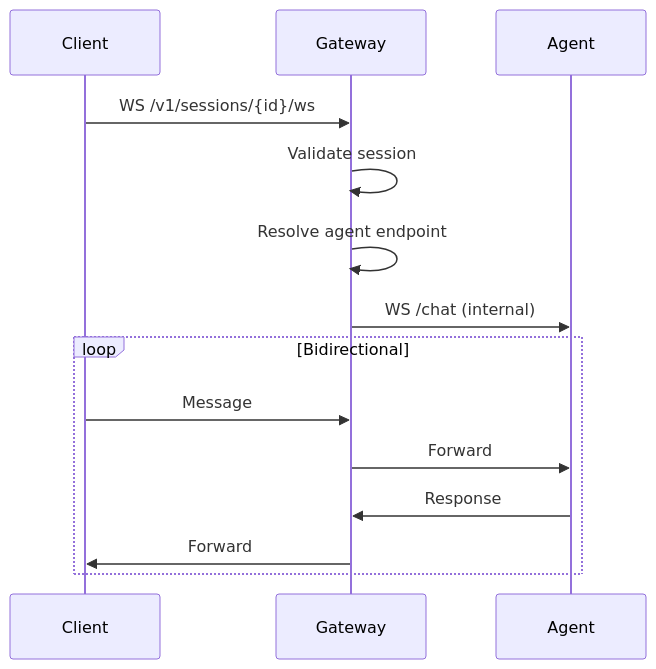
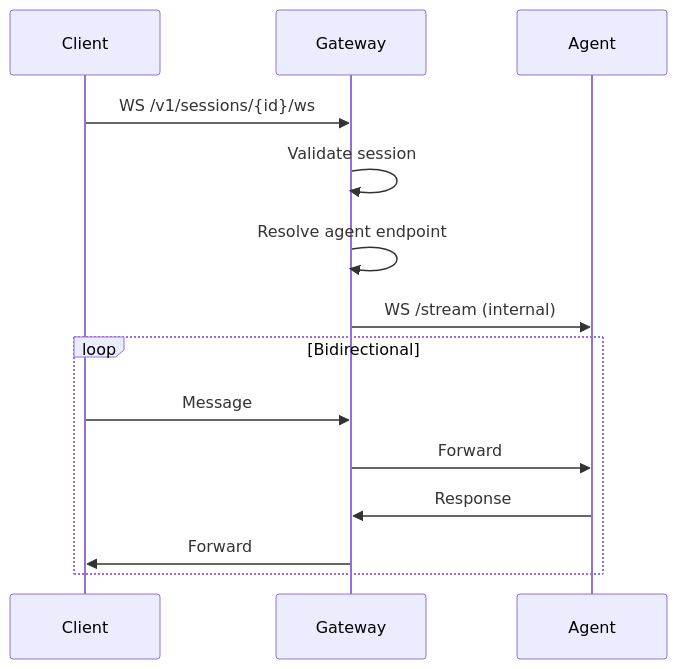
The third of 3 diagrams in docs/spec/v0.1.0/08-networking.md (cypher-asi/aura-swarm), drawn with Mermaid before and after one commit. The commit also changed other lines of this file and 2 other files, not shown here.

Commit message:
docs: align swarm specs with harness routes
Update the published gateway and runtime examples to use /stream and slash-based lifecycle paths so the docs match the deployed harness contract.

Made-with: Cursor

````diff
--- a/docs/spec/v0.1.0/08-networking.md
+++ b/docs/spec/v0.1.0/08-networking.md
@@ -402,18 +402,18 @@
 ```mermaid
 sequenceDiagram
     participant Client
     participant Gateway
     participant Agent
     
     Client->>Gateway: WS /v1/sessions/{id}/ws
     Gateway->>Gateway: Validate session
     Gateway->>Gateway: Resolve agent endpoint
-    Gateway->>Agent: WS /chat (internal)
+    Gateway->>Agent: WS /stream (internal)
     
     loop Bidirectional
         Client->>Gateway: Message
         Gateway->>Agent: Forward
         Agent->>Gateway: Response
         Gateway->>Client: Forward
     end
 ```
````
